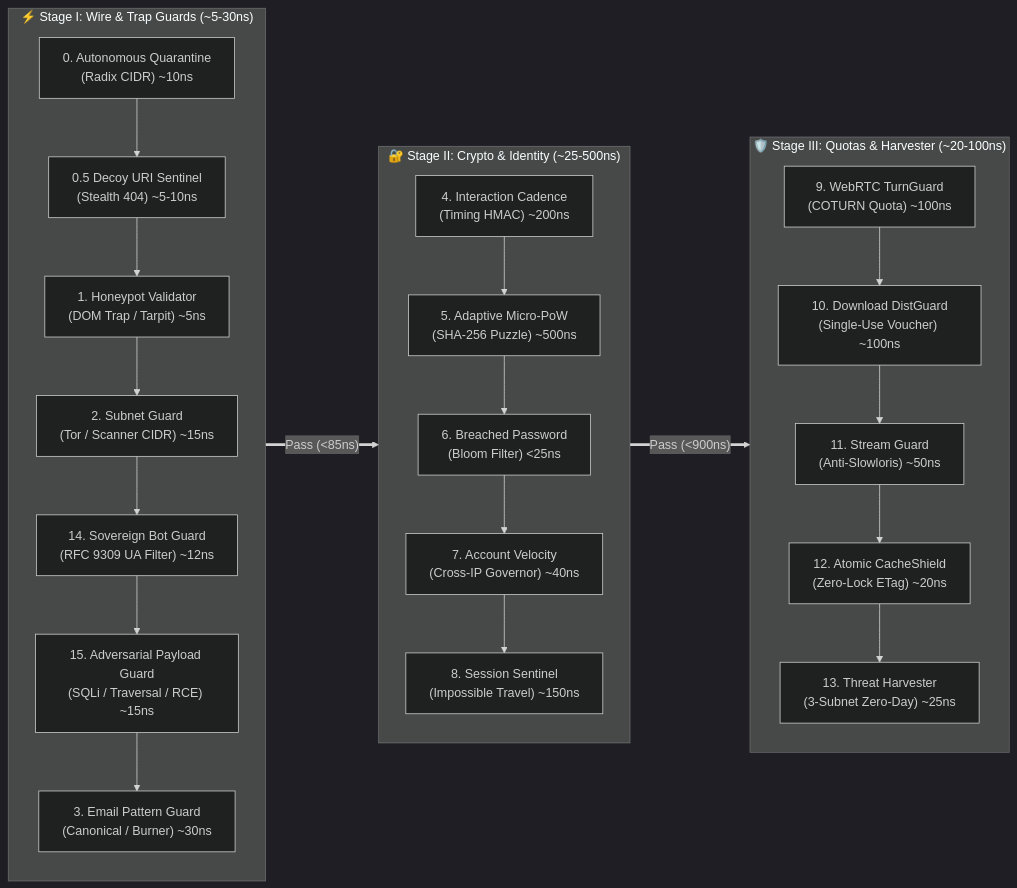
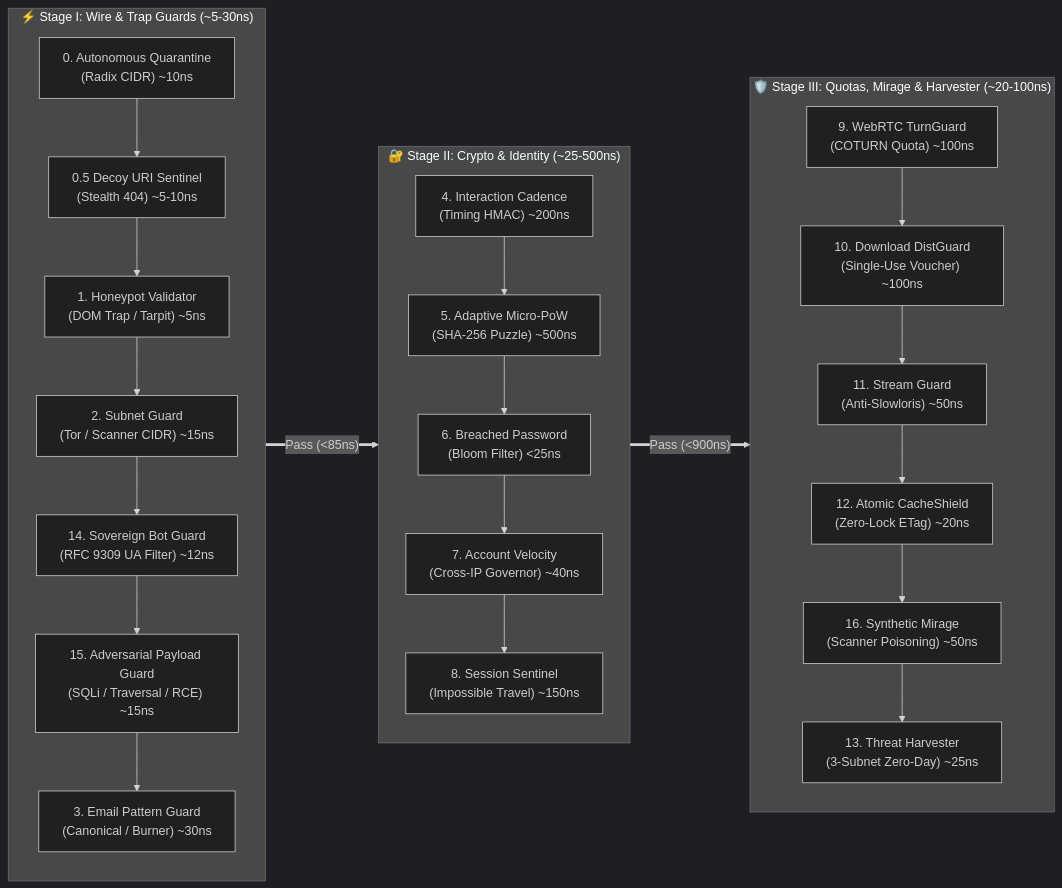
The second of 2 diagrams in README.md (rmediatech/phylax), drawn with Mermaid (dark theme) before and after one commit. The commit also changed other lines of this file and 3 other files, not shown here.

Commit message:
docs: synchronize 16-layer architecture hierarchy, test counts, and v0.6.0 release links

````diff
--- a/README.md
+++ b/README.md
@@ -138,31 +138,32 @@
 ```mermaid
 flowchart LR
     subgraph Stage1 ["⚡ Stage I: Wire & Trap Guards (~5-30ns)"]
         direction TB
         L0["0. Autonomous Quarantine\n(Radix CIDR) ~10ns"] --> L05["0.5 Decoy URI Sentinel\n(Stealth 404) ~5-10ns"]
         L05 --> L1["1. Honeypot Validator\n(DOM Trap / Tarpit) ~5ns"]
         L1 --> L2["2. Subnet Guard\n(Tor / Scanner CIDR) ~15ns"]
         L2 --> L14["14. Sovereign Bot Guard\n(RFC 9309 UA Filter) ~12ns"]
         L14 --> L15["15. Adversarial Payload Guard\n(SQLi / Traversal / RCE) ~15ns"]
         L15 --> L3["3. Email Pattern Guard\n(Canonical / Burner) ~30ns"]
     end
 
     subgraph Stage2 ["🔐 Stage II: Crypto & Identity (~25-500ns)"]
         direction TB
         L4["4. Interaction Cadence\n(Timing HMAC) ~200ns"] --> L5["5. Adaptive Micro-PoW\n(SHA-256 Puzzle) ~500ns"]
         L5 --> L6["6. Breached Password\n(Bloom Filter) <25ns"]
         L6 --> L7["7. Account Velocity\n(Cross-IP Governor) ~40ns"]
         L7 --> L8["8. Session Sentinel\n(Impossible Travel) ~150ns"]
     end
 
-    subgraph Stage3 ["🛡️ Stage III: Quotas & Harvester (~20-100ns)"]
+    subgraph Stage3 ["🛡️ Stage III: Quotas, Mirage & Harvester (~20-100ns)"]
         direction TB
         L9["9. WebRTC TurnGuard\n(COTURN Quota) ~100ns"] --> L10["10. Download DistGuard\n(Single-Use Voucher) ~100ns"]
         L10 --> L11["11. Stream Guard\n(Anti-Slowloris) ~50ns"]
         L11 --> L12["12. Atomic CacheShield\n(Zero-Lock ETag) ~20ns"]
-        L12 --> L13["13. Threat Harvester\n(3-Subnet Zero-Day) ~25ns"]
+        L12 --> L16["16. Synthetic Mirage\n(Scanner Poisoning) ~50ns"]
+        L16 --> L13["13. Threat Harvester\n(3-Subnet Zero-Day) ~25ns"]
     end
 
     Stage1 ==>|"Pass (<85ns)"| Stage2
     Stage2 ==>|"Pass (<900ns)"| Stage3
 ```
````
